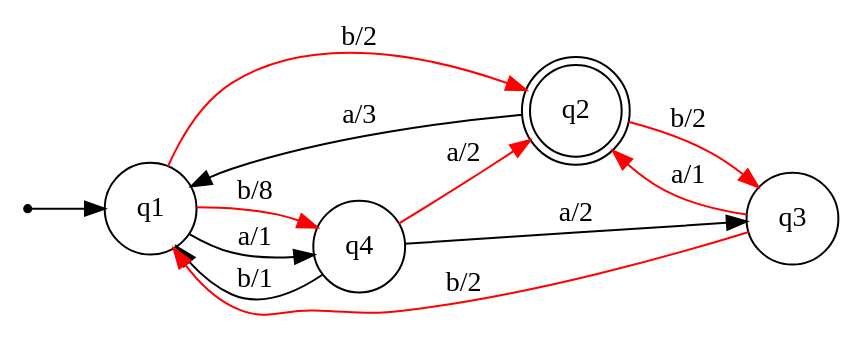
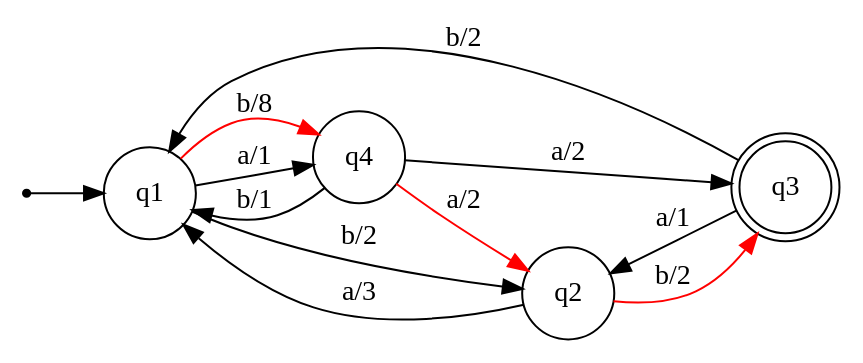
Before and after one commit to zenAndroid/oracle-extract: the diagram in input.dot, drawn with Graphviz. The commit also changed 5 other files, not shown here.

```diff
--- a/input.dot
+++ b/input.dot
@@ -1,17 +1,17 @@
 digraph Automaton {
     node [shape=point] INIT;
-    q2 [shape="doublecircle"];
+    q3 [shape="doublecircle"];
     node [shape=circle];
     rankdir = LR;
     INIT -> q1;
-    q1 -> q2 [label="b/2", color=red];
+    q1 -> q2 [label="b/2"];
     q1 -> q4 [label="b/8", color=red];
     q1 -> q4 [label="a/1"];
     q2 -> q1 [label="a/3"];
     q2 -> q3 [label="b/2", color=red];
-    q3 -> q2 [label="a/1", color=red];
-    q3 -> q1 [label="b/2", color=red];
+    q3 -> q2 [label="a/1"];
+    q3 -> q1 [label="b/2"];
     q4 -> q1 [label="b/1"];
     q4 -> q3 [label="a/2"];
     q4 -> q2 [label="a/2", color=red];
 }
```
